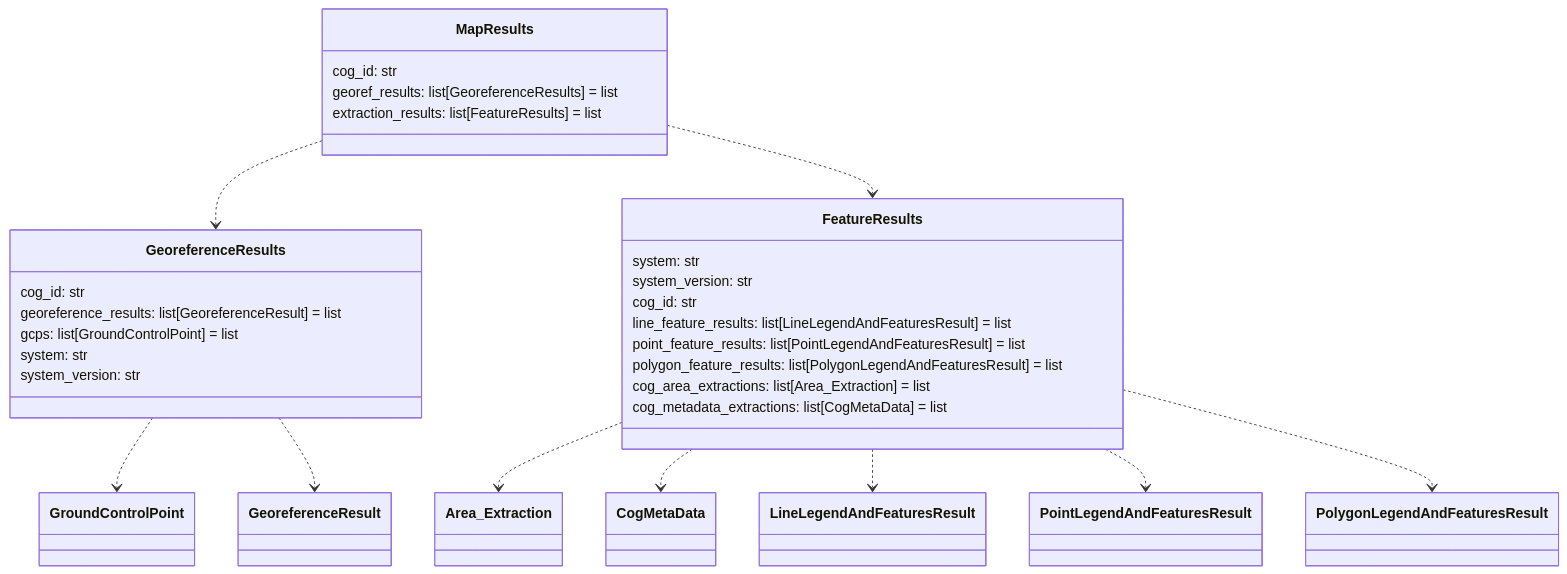
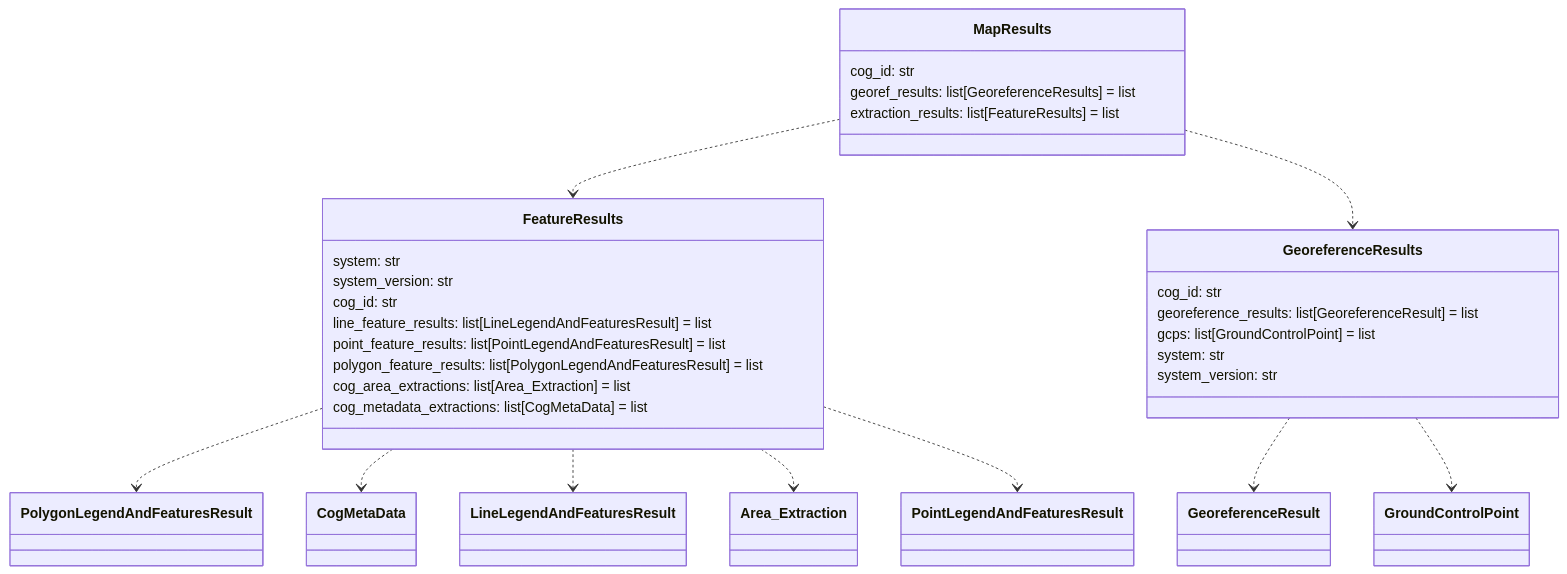
Before and after one commit to DARPA-CRITICALMAAS/cdr_schemas: diagram 11 of 14 in README.md, drawn with Mermaid. The commit also changed other lines of this file and 2 other files, not shown here.

````diff
--- a/README.md
+++ b/README.md
@@ -936,40 +937,40 @@
 ```mermaid
 classDiagram
-
-    class GeoreferenceResults {
-        cog_id: str
-        georeference_results: list[GeoreferenceResult] = list
-        gcps: list[GroundControlPoint] = list
-        system: str
-        system_version: str
-    }
-
-    class MapResults {
-        cog_id: str
-        georef_results: list[GeoreferenceResults] = list
-        extraction_results: list[FeatureResults] = list
-    }
 
     class FeatureResults {
         system: str
         system_version: str
         cog_id: str
         line_feature_results: list[LineLegendAndFeaturesResult] = list
         point_feature_results: list[PointLegendAndFeaturesResult] = list
         polygon_feature_results: list[PolygonLegendAndFeaturesResult] = list
         cog_area_extractions: list[Area_Extraction] = list
         cog_metadata_extractions: list[CogMetaData] = list
     }
 
-    FeatureResults ..> Area_Extraction
+    class MapResults {
+        cog_id: str
+        georef_results: list[GeoreferenceResults] = list
+        extraction_results: list[FeatureResults] = list
+    }
+
+    class GeoreferenceResults {
+        cog_id: str
+        georeference_results: list[GeoreferenceResult] = list
+        gcps: list[GroundControlPoint] = list
+        system: str
+        system_version: str
+    }
+
+    FeatureResults ..> PolygonLegendAndFeaturesResult
     FeatureResults ..> CogMetaData
     FeatureResults ..> LineLegendAndFeaturesResult
+    FeatureResults ..> Area_Extraction
     FeatureResults ..> PointLegendAndFeaturesResult
-    FeatureResults ..> PolygonLegendAndFeaturesResult
+    GeoreferenceResults ..> GeoreferenceResult
     GeoreferenceResults ..> GroundControlPoint
-    GeoreferenceResults ..> GeoreferenceResult
+    MapResults ..> FeatureResults
     MapResults ..> GeoreferenceResults
-    MapResults ..> FeatureResults
 
 
 ```
````
